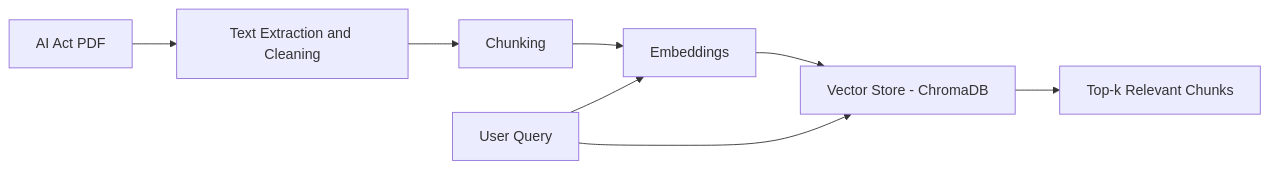
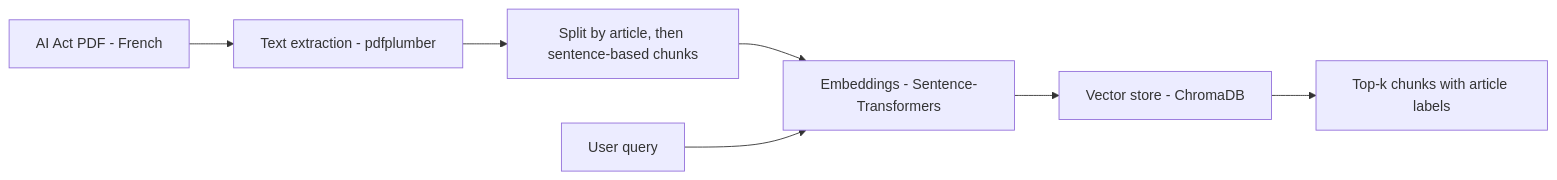
One commit to faraaawo-debug/ai-act-semantic-search changed the diagram in README.md. Above: the diagram before and after it, drawn with Mermaid. The commit also changed other lines of this file, not shown here.

First line of the commit message:
Rewrite README: French data, setup steps, real results, limitations

````diff
--- a/README.md
+++ b/README.md
@@ -10,10 +14,9 @@
 ```mermaid
 flowchart LR
-    A[AI Act PDF] --> B[Text Extraction and Cleaning]
-    B --> C[Chunking]
-    C --> D[Embeddings]
-    D --> E[Vector Store - ChromaDB]
-    Q[User Query] --> D
-    Q --> E
-    E --> F[Top-k Relevant Chunks]
+    A[AI Act PDF - French] --> B[Text extraction - pdfplumber]
+    B --> C[Split by article, then sentence-based chunks]
+    C --> D[Embeddings - Sentence-Transformers]
+    D --> E[Vector store - ChromaDB]
+    Q[User query] --> D
+    E --> F[Top-k chunks with article labels]
 ```
````
